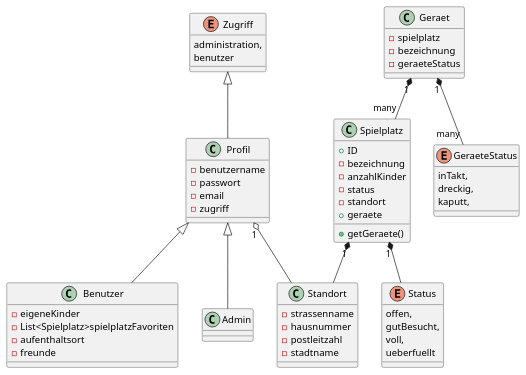
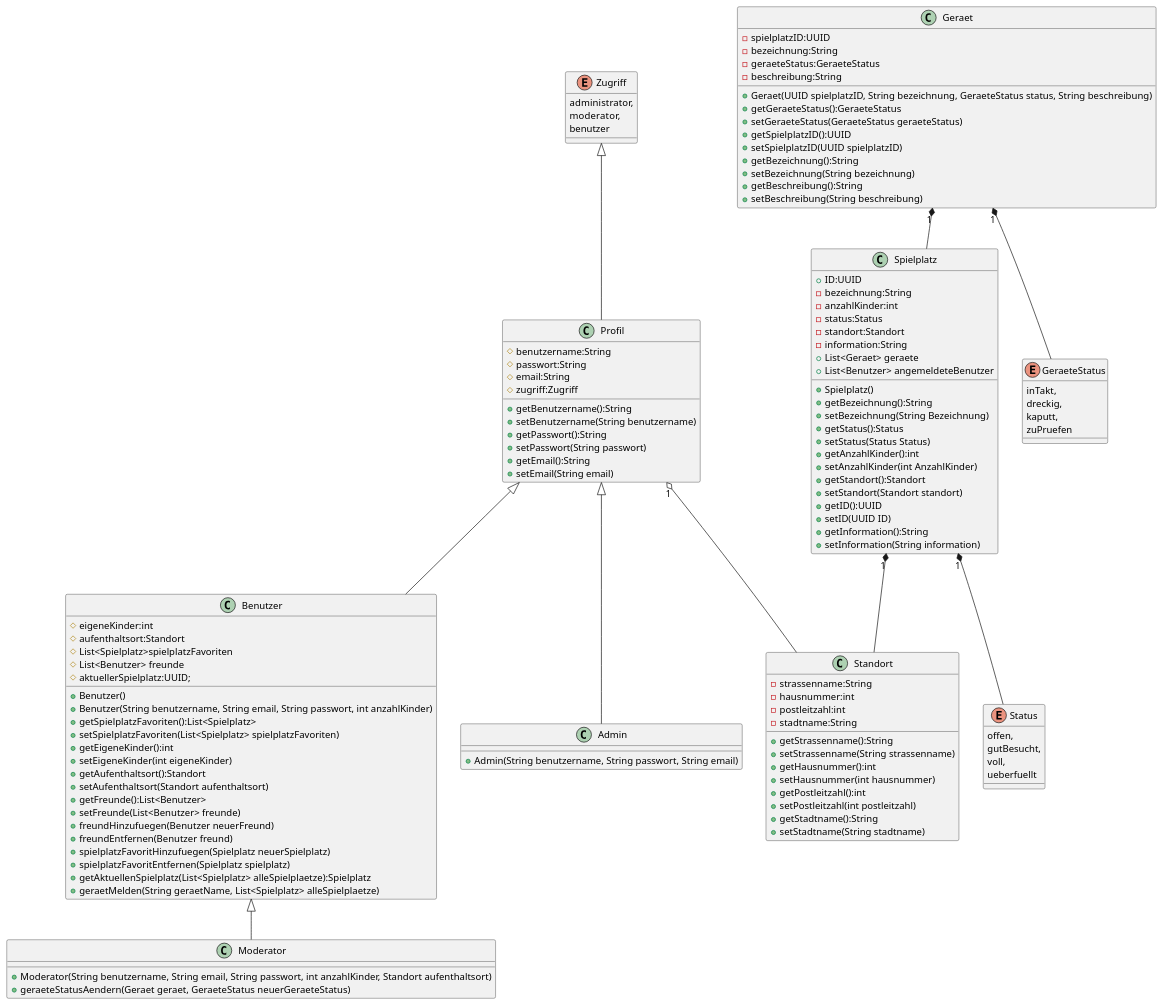
Before and after one commit to fh-erfurt/Project-Playground: the diagram in Diagramm.iuml, drawn with PlantUML. The commit also changed 5 other files, not shown here.

Commit message:
UML aktualisiert

```diff
--- a/Diagramm.iuml
+++ b/Diagramm.iuml
@@ -1,65 +1,134 @@
 @startuml
 class Spielplatz {
-  +ID
-  -bezeichnung
-  -anzahlKinder
-  -status
-  -standort
-  +geraete
-  +getGeraete()
+  +ID:UUID
+  -bezeichnung:String
+  -anzahlKinder:int
+  -status:Status
+  -standort:Standort
+  -information:String
+  +List<Geraet> geraete
+  +List<Benutzer> angemeldeteBenutzer
+
+  +Spielplatz()
+  +getBezeichnung():String
+  +setBezeichnung(String Bezeichnung)
+  +getStatus():Status
+  +setStatus(Status Status)
+  +getAnzahlKinder():int
+  +setAnzahlKinder(int AnzahlKinder)
+  +getStandort():Standort
+  +setStandort(Standort standort)
+  +getID():UUID
+  +setID(UUID ID)
+  +getInformation():String
+  +setInformation(String information)
 }
 
 class Standort{
--strassenname
--hausnummer
--postleitzahl
--stadtname
+ -strassenname:String
+ -hausnummer:int
+ -postleitzahl:int
+ -stadtname:String
+
+ +getStrassenname():String
+ +setStrassenname(String strassenname)
+ +getHausnummer():int
+ +setHausnummer(int hausnummer)
+ +getPostleitzahl():int
+ +setPostleitzahl(int postleitzahl)
+ +getStadtname():String
+ +setStadtname(String stadtname)
 }
 
 class Geraet{
--spielplatz
--bezeichnung
--geraeteStatus
+-spielplatzID:UUID
+-bezeichnung:String
+-geraeteStatus:GeraeteStatus
+-beschreibung:String
+
++Geraet(UUID spielplatzID, String bezeichnung, GeraeteStatus status, String beschreibung)
++getGeraeteStatus():GeraeteStatus
++setGeraeteStatus(GeraeteStatus geraeteStatus)
++getSpielplatzID():UUID
++setSpielplatzID(UUID spielplatzID)
++getBezeichnung():String
++setBezeichnung(String bezeichnung)
++getBeschreibung():String
++setBeschreibung(String beschreibung)
 }
 enum GeraeteStatus{
  inTakt,
  dreckig,
  kaputt,
+ zuPruefen
 }
 enum Status{
  offen,
  gutBesucht,
  voll,
  ueberfuellt
 }
 enum Zugriff{
- administration,
+ administrator,
+ moderator,
  benutzer
 }
 
 class Profil{
--benutzername
--passwort
--email
--zugriff
+#benutzername:String
+#passwort:String
+#email:String
+#zugriff:Zugriff
+
++getBenutzername():String
++setBenutzername(String benutzername)
++getPasswort():String
++setPasswort(String passwort)
++getEmail():String
++setEmail(String email)
 }
 
 class Benutzer{
--eigeneKinder
--List<Spielplatz>spielplatzFavoriten
--aufenthaltsort
--freunde
+#eigeneKinder:int
+#aufenthaltsort:Standort
+#List<Spielplatz>spielplatzFavoriten
+#List<Benutzer> freunde
+#aktuellerSpielplatz:UUID;
+
++Benutzer()
++Benutzer(String benutzername, String email, String passwort, int anzahlKinder)
++getSpielplatzFavoriten():List<Spielplatz>
++setSpielplatzFavoriten(List<Spielplatz> spielplatzFavoriten)
++getEigeneKinder():int
++setEigeneKinder(int eigeneKinder)
++getAufenthaltsort():Standort
++setAufenthaltsort(Standort aufenthaltsort)
++getFreunde():List<Benutzer>
++setFreunde(List<Benutzer> freunde)
++freundHinzufuegen(Benutzer neuerFreund)
++freundEntfernen(Benutzer freund)
++spielplatzFavoritHinzufuegen(Spielplatz neuerSpielplatz)
++spielplatzFavoritEntfernen(Spielplatz spielplatz)
++getAktuellenSpielplatz(List<Spielplatz> alleSpielplaetze):Spielplatz
++geraetMelden(String geraetName, List<Spielplatz> alleSpielplaetze)
 }
 
 class Admin{
++Admin(String benutzername, String passwort, String email)
+}
+
+class Moderator{
++Moderator(String benutzername, String email, String passwort, int anzahlKinder, Standort aufenthaltsort)
++geraeteStatusAendern(Geraet geraet, GeraeteStatus neuerGeraeteStatus)
 }
 
 Profil <|--Benutzer
 Profil <|--Admin
+Benutzer <|--Moderator
 Spielplatz "1" *-- Standort
 Spielplatz "1" *-- Status
 Profil "1" o-- Standort
 Zugriff <|-- Profil
-Geraet "1" *-- "many" Spielplatz
-Geraet "1" *-- "many" GeraeteStatus
+Geraet "1" *-- Spielplatz
+Geraet "1" *-- GeraeteStatus
 @enduml
```
